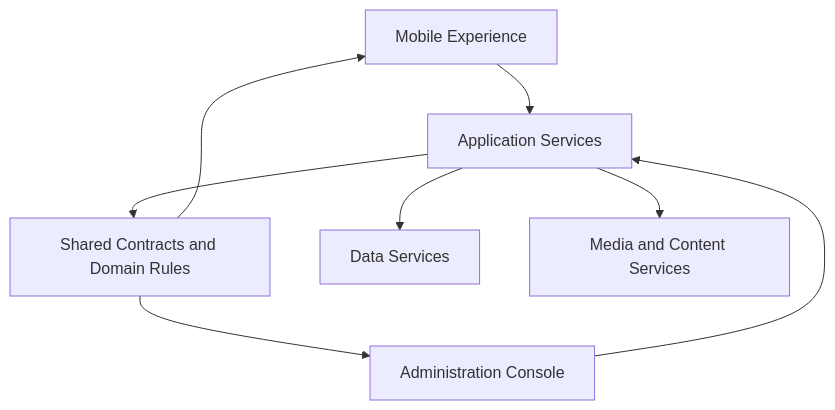
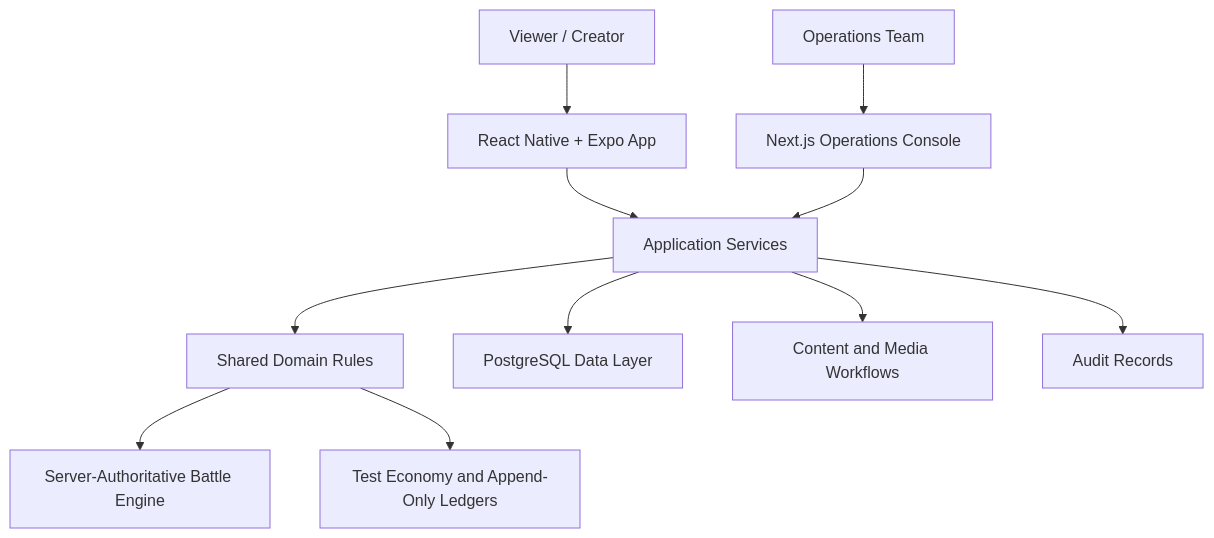
The diagram in docs/ARCHITECTURE.md (a7medgamil/qadha-platform-showcase), drawn with Mermaid before and after one commit. The commit also changed other lines of this file and 3 other files, not shown here.

```diff
--- a/docs/ARCHITECTURE.md
+++ b/docs/ARCHITECTURE.md
@@ -3,10 +3,13 @@
 ~~~mermaid
 flowchart TB
-  M[Mobile Experience] --> API[Application Services]
-  W[Administration Console] --> API
-  API --> C[Shared Contracts and Domain Rules]
-  API --> D[Data Services]
-  API --> N[Media and Content Services]
-  C --> M
-  C --> W
+  VIEWER[Viewer / Creator] --> MOBILE[React Native + Expo App]
+  MOBILE --> API[Application Services]
+  OPERATOR[Operations Team] --> CONSOLE[Next.js Operations Console]
+  CONSOLE --> API
+  API --> DOMAIN[Shared Domain Rules]
+  DOMAIN --> BATTLE[Server-Authoritative Battle Engine]
+  DOMAIN --> ECONOMY[Test Economy and Append-Only Ledgers]
+  API --> DATA[PostgreSQL Data Layer]
+  API --> CONTENT[Content and Media Workflows]
+  API --> AUDIT[Audit Records]
 ~~~
```
